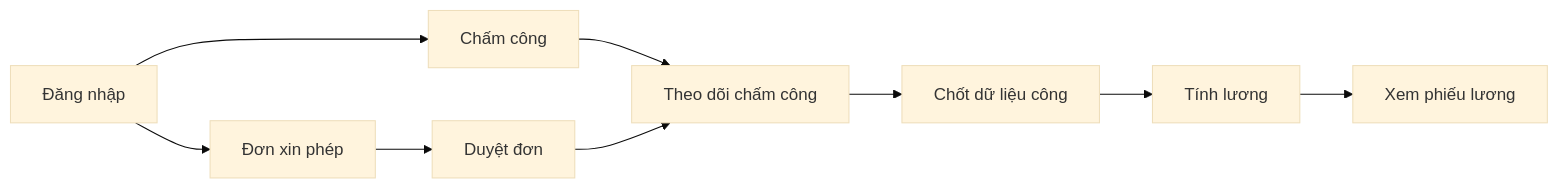
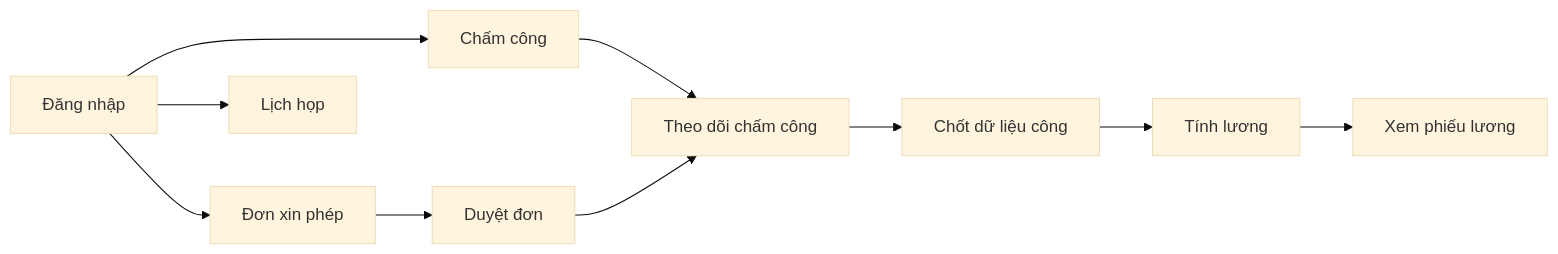
One commit to tamada-chinhhv/tmv-hrm-docs changed the diagram in README.vi.md. Above: the diagram before and after it, drawn with Mermaid (base theme). The commit also changed other lines of this file and 2 other files, not shown here.

````diff
--- a/README.vi.md
+++ b/README.vi.md
@@ -38,11 +91,12 @@
 ```mermaid
 flowchart LR
   A[Đăng nhập] --> B[Chấm công]
   A --> C[Đơn xin phép]
   C --> D[Duyệt đơn]
   B --> E[Theo dõi chấm công]
   D --> E
   E --> F[Chốt dữ liệu công]
   F --> G[Tính lương]
   G --> H[Xem phiếu lương]
+  A --> I[Lịch họp]
 ```
````
